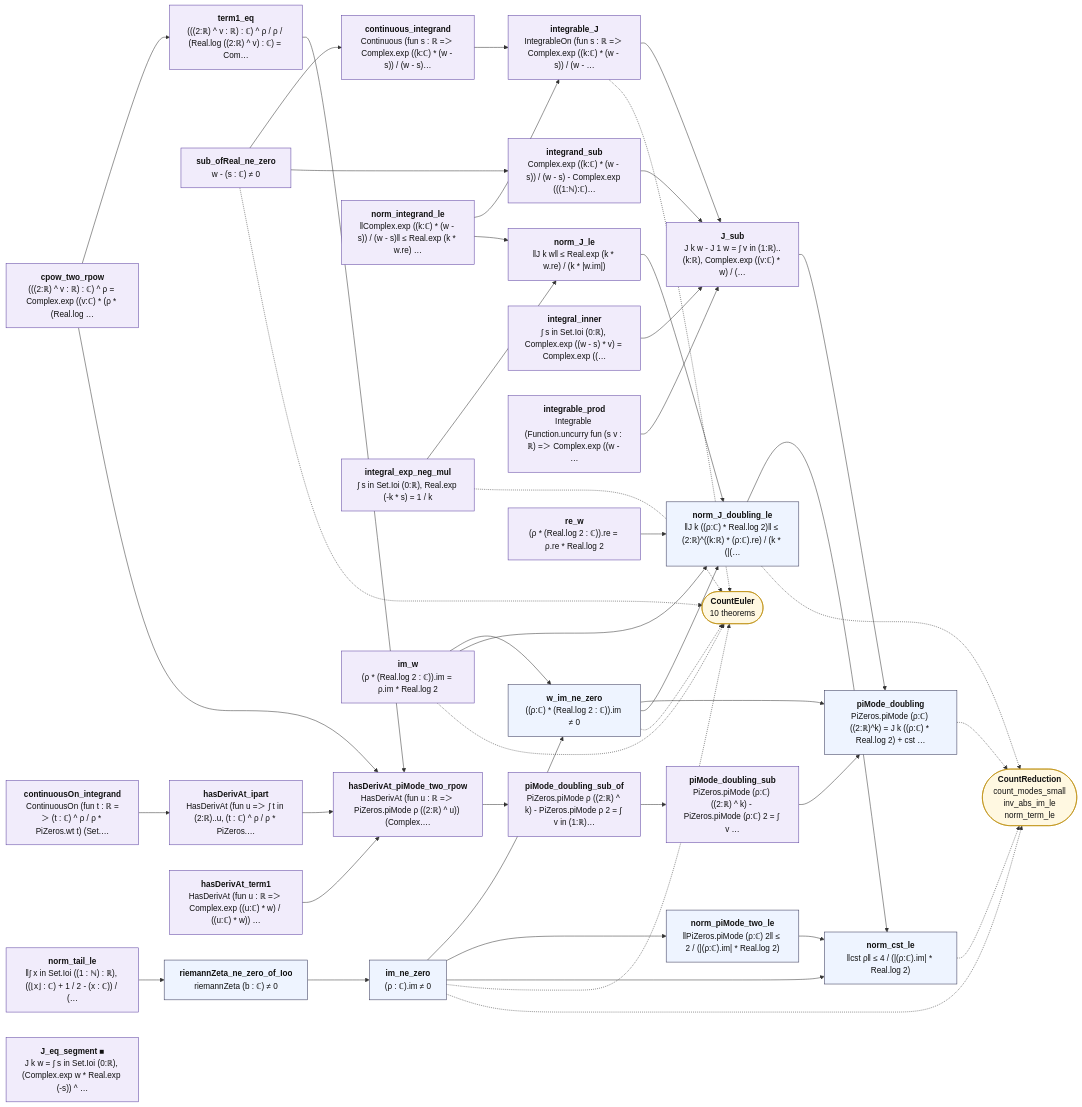
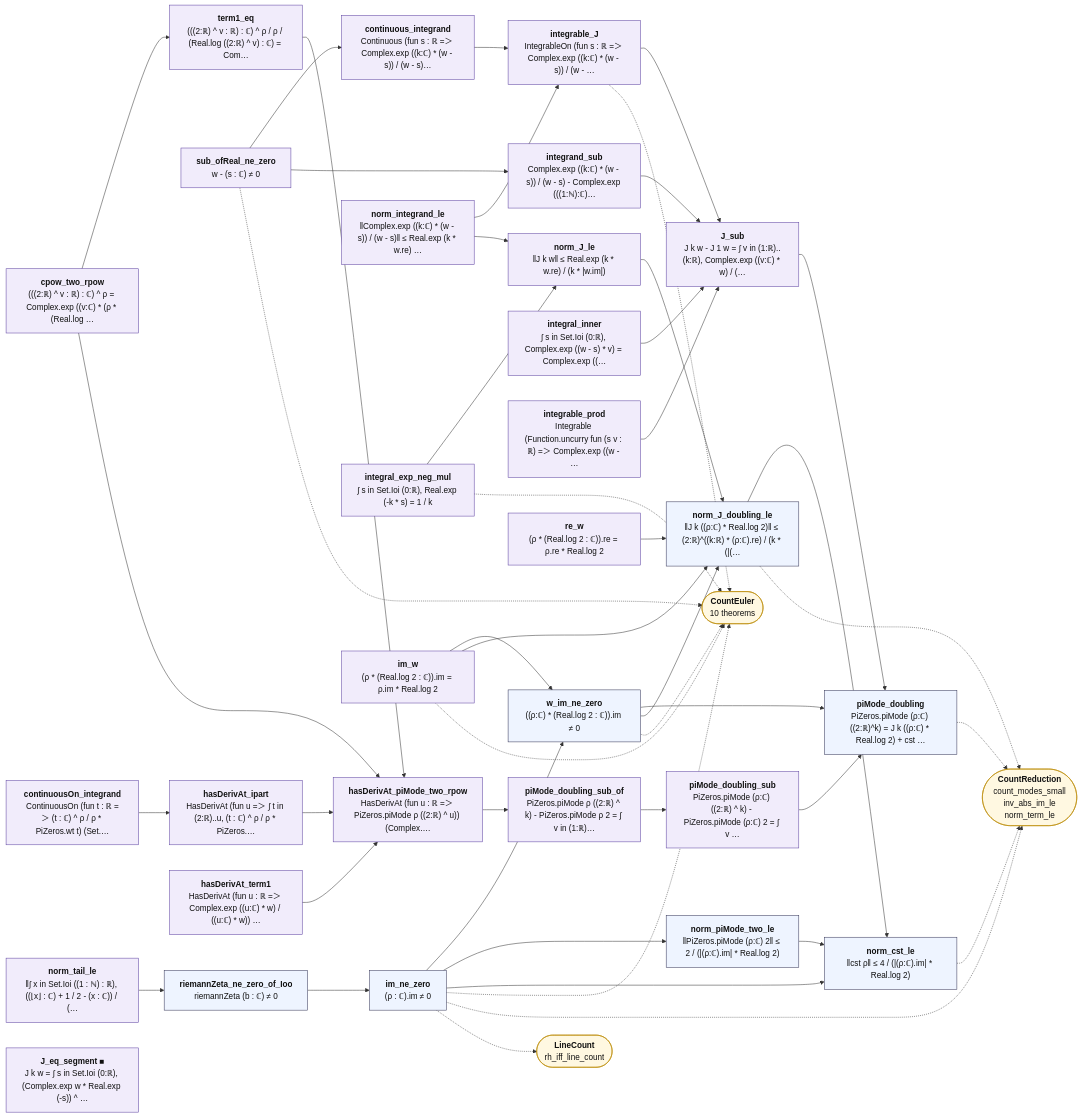
The diagram in map/lean_stage3/CountModes.mmd (juliansambranojr/Primebeat_081426), drawn with Mermaid before and after one commit. The commit also changed 15 other files, not shown here.

```diff
--- a/map/lean_stage3/CountModes.mmd
+++ b/map/lean_stage3/CountModes.mmd
@@ -1,83 +1,85 @@
 flowchart LR
   n0["<b>norm_tail_le</b><br/>‖∫ x in Set.Ioi ((1 : ℕ) : ℝ), ((⌊x⌋ : ℂ) + 1 / 2 - (x : ℂ)) / (…"]:::shp
   n1["<b>riemannZeta_ne_zero_of_Ioo</b><br/>riemannZeta (b : ℂ) ≠ 0"]:::thm
   n2["<b>im_ne_zero</b><br/>(ρ : ℂ).im ≠ 0"]:::thm
   n3["<b>sub_ofReal_ne_zero</b><br/>w - (s : ℂ) ≠ 0"]:::shp
   n4["<b>continuous_integrand</b><br/>Continuous (fun s : ℝ =＞ Complex.exp ((k:ℂ) * (w - s)) / (w - s)…"]:::shp
   n5["<b>norm_integrand_le</b><br/>‖Complex.exp ((k:ℂ) * (w - s)) / (w - s)‖ ≤ Real.exp (k * w.re) …"]:::shp
   n6["<b>integral_exp_neg_mul</b><br/>∫ s in Set.Ioi (0:ℝ), Real.exp (-k * s) = 1 / k"]:::shp
   n7["<b>integrable_J</b><br/>IntegrableOn (fun s : ℝ =＞ Complex.exp ((k:ℂ) * (w - s)) / (w - …"]:::shp
   n8["<b>norm_J_le</b><br/>‖J k w‖ ≤ Real.exp (k * w.re) / (k * |w.im|)"]:::shp
   n9["<b>integrand_sub</b><br/>Complex.exp ((k:ℂ) * (w - s)) / (w - s) - Complex.exp (((1:ℕ):ℂ)…"]:::shp
   n10["<b>integral_inner</b><br/>∫ s in Set.Ioi (0:ℝ), Complex.exp ((w - s) * v) = Complex.exp ((…"]:::shp
   n11["<b>integrable_prod</b><br/>Integrable (Function.uncurry fun (s v : ℝ) =＞ Complex.exp ((w - …"]:::shp
   n12["<b>J_sub</b><br/>J k w - J 1 w = ∫ v in (1:ℝ)..(k:ℝ), Complex.exp ((v:ℂ) * w) / (…"]:::shp
   n13["<b>cpow_two_rpow</b><br/>(((2:ℝ) ^ v : ℝ) : ℂ) ^ ρ = Complex.exp ((v:ℂ) * (ρ * (Real.log …"]:::shp
   n14["<b>term1_eq</b><br/>(((2:ℝ) ^ v : ℝ) : ℂ) ^ ρ / ρ / (Real.log ((2:ℝ) ^ v) : ℂ) = Com…"]:::shp
   n15["<b>continuousOn_integrand</b><br/>ContinuousOn (fun t : ℝ =＞ (t : ℂ) ^ ρ / ρ * PiZeros.wt t) (Set.…"]:::shp
   n16["<b>hasDerivAt_ipart</b><br/>HasDerivAt (fun u =＞ ∫ t in (2:ℝ)..u, (t : ℂ) ^ ρ / ρ * PiZeros.…"]:::shp
   n17["<b>hasDerivAt_term1</b><br/>HasDerivAt (fun u : ℝ =＞ Complex.exp ((u:ℂ) * w) / ((u:ℂ) * w)) …"]:::shp
   n18["<b>hasDerivAt_piMode_two_rpow</b><br/>HasDerivAt (fun u : ℝ =＞ PiZeros.piMode ρ ((2:ℝ) ^ u)) (Complex.…"]:::shp
   n19["<b>piMode_doubling_sub_of</b><br/>PiZeros.piMode ρ ((2:ℝ) ^ k) - PiZeros.piMode ρ 2 = ∫ v in (1:ℝ)…"]:::shp
   n20["<b>piMode_doubling_sub</b><br/>PiZeros.piMode (ρ:ℂ) ((2:ℝ) ^ k) - PiZeros.piMode (ρ:ℂ) 2 = ∫ v …"]:::shp
   n21["<b>im_w</b><br/>(ρ * (Real.log 2 : ℂ)).im = ρ.im * Real.log 2"]:::shp
   n22["<b>re_w</b><br/>(ρ * (Real.log 2 : ℂ)).re = ρ.re * Real.log 2"]:::shp
   n23["<b>w_im_ne_zero</b><br/>((ρ:ℂ) * (Real.log 2 : ℂ)).im ≠ 0"]:::thm
   n24["<b>piMode_doubling</b><br/>PiZeros.piMode (ρ:ℂ) ((2:ℝ)^k) = J k ((ρ:ℂ) * Real.log 2) + cst …"]:::thm
   n25["<b>norm_J_doubling_le</b><br/>‖J k ((ρ:ℂ) * Real.log 2)‖ ≤ (2:ℝ)^((k:ℝ) * (ρ:ℂ).re) / (k * (|(…"]:::thm
   n26["<b>norm_piMode_two_le</b><br/>‖PiZeros.piMode (ρ:ℂ) 2‖ ≤ 2 / (|(ρ:ℂ).im| * Real.log 2)"]:::thm
   n27["<b>norm_cst_le</b><br/>‖cst ρ‖ ≤ 4 / (|(ρ:ℂ).im| * Real.log 2)"]:::thm
   n28["<b>J_eq_segment ■</b><br/>J k w = ∫ s in Set.Ioi (0:ℝ), (Complex.exp w * Real.exp (-s)) ^ …"]:::shp
   x0(["<b>CountEuler</b><br/>10 theorems"]):::ext
   x1(["<b>CountReduction</b><br/>count_modes_small<br/>inv_abs_im_le<br/>norm_term_le"]):::ext
+  x2(["<b>LineCount</b><br/>rh_iff_line_count"]):::ext
   n0 --> n1
   n1 --> n2
   n10 --> n12
   n11 --> n12
   n12 --> n24
   n13 --> n14
   n13 --> n18
   n14 --> n18
   n15 --> n16
   n16 --> n18
   n17 --> n18
   n18 --> n19
   n19 --> n20
   n2 --> n23
   n2 --> n26
   n2 --> n27
   n20 --> n24
   n21 --> n23
   n21 --> n25
   n22 --> n25
   n23 --> n24
   n23 --> n25
   n25 --> n27
   n26 --> n27
   n3 --> n4
   n3 --> n9
   n4 --> n7
   n5 --> n7
   n5 --> n8
   n6 --> n8
   n7 --> n12
   n8 --> n25
   n9 --> n12
   n2 -.-> x0
   n2 -.-> x1
+  n2 -.-> x2
   n21 -.-> x0
   n23 -.-> x0
   n24 -.-> x1
   n25 -.-> x1
   n27 -.-> x1
   n3 -.-> x0
   n6 -.-> x0
   n7 -.-> x0
   classDef cnt fill:#dff5ec,stroke:#17694a,color:#111
   classDef shp fill:#f1ecfb,stroke:#5b3fa0,color:#111
   classDef rh fill:#ffe5e5,stroke:#c22,color:#111,stroke-width:2px
   classDef thm fill:#eef4ff,stroke:#335,color:#111
   classDef end_ fill:#e7f7e7,stroke:#2a7,color:#111,stroke-width:2px
   classDef lone fill:#fff,stroke:#999,color:#111,stroke-dasharray:4 3
   classDef bad fill:#ffe5e5,stroke:#c22,color:#111,stroke-width:2px
   classDef ext fill:#fff8e1,stroke:#b80,color:#111
```
